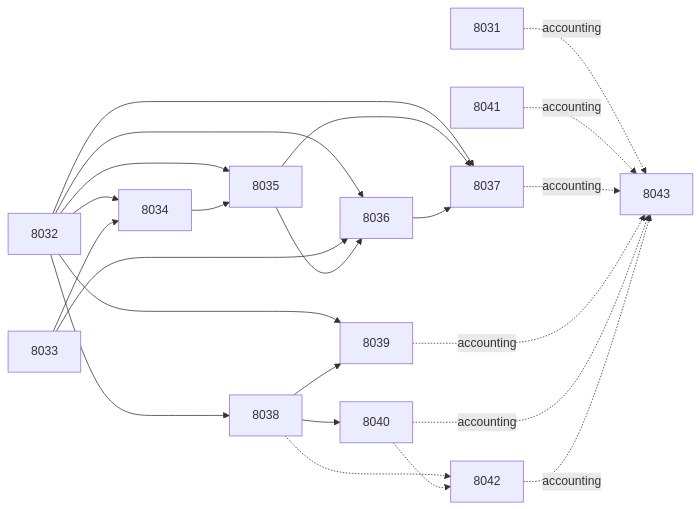
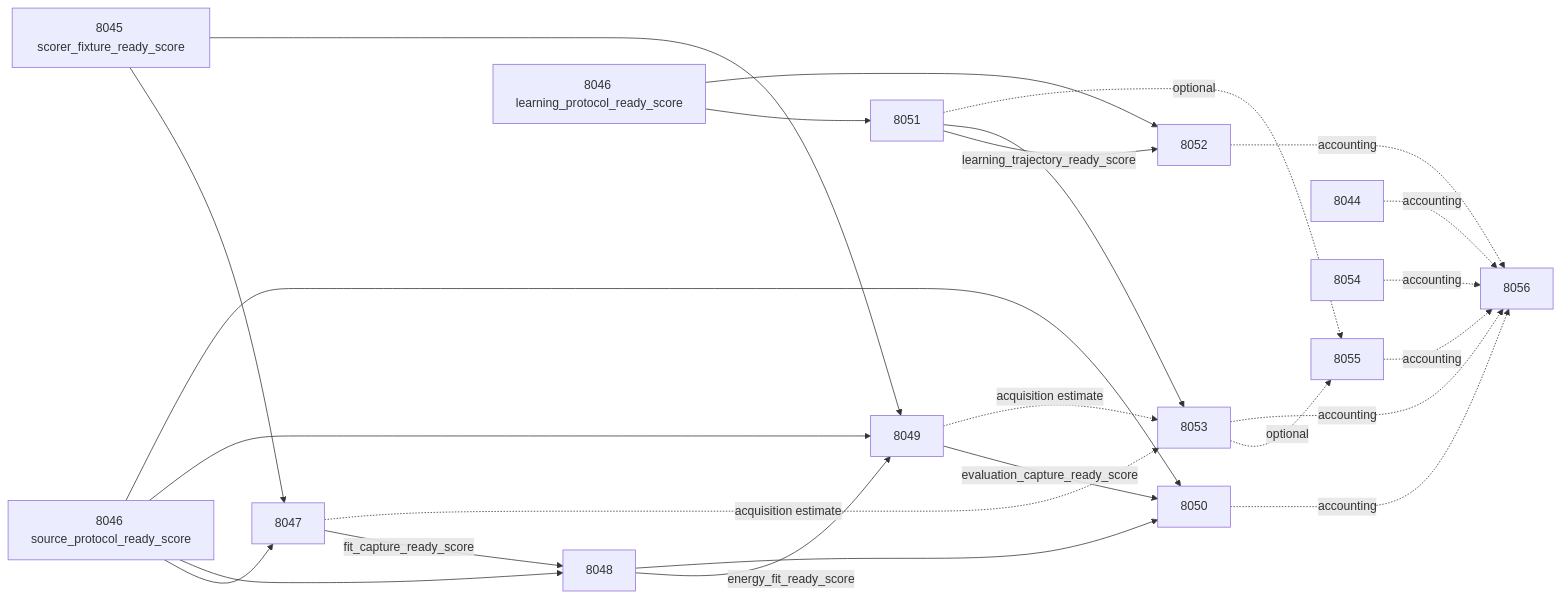
The second of 2 diagrams in openspec/change-proposals/research-roadmap-vNEXT.md (Carnot-EBM/carnot-ebm), drawn with Mermaid before and after one commit. The commit also changed other lines of this file and 14 other files, not shown here.

````diff
--- a/openspec/change-proposals/research-roadmap-vNEXT.md
+++ b/openspec/change-proposals/research-roadmap-vNEXT.md
@@ -269,25 +274,27 @@
 ```mermaid
 flowchart LR
-  P[8032] --> F[8034]
-  Q[8033] --> F
-  P --> E[8035]
-  F --> E
-  P --> V[8036]
-  Q --> V
-  E --> V
-  P --> D[8037]
+  W[8045 scorer_fixture_ready_score] --> C[8047]
+  P[8046 source_protocol_ready_score] --> C
+  C -->|fit_capture_ready_score| E[8048]
+  P --> E
+  E -->|energy_fit_ready_score| V[8049]
+  W --> V
+  P --> V
+  V -->|evaluation_capture_ready_score| D[8050]
   E --> D
-  V --> D
-  P --> L[8038]
-  P --> A[8039]
+  P --> D
+  L[8046 learning_protocol_ready_score] --> U[8051]
+  U -->|learning_trajectory_ready_score| A[8052]
   L --> A
-  L --> N[8040]
-  L -.-> W[8042]
-  N -.-> W
-  C[8031] -. accounting .-> Z[8043]
-  S[8041] -. accounting .-> Z
+  U --> N[8053]
+  U -. optional .-> B[8055]
+  N -. optional .-> B
+  C -. acquisition estimate .-> N
+  V -. acquisition estimate .-> N
+  K[8044] -. accounting .-> Z[8056]
   D -. accounting .-> Z
   A -. accounting .-> Z
   N -. accounting .-> Z
-  W -. accounting .-> Z
+  S[8054] -. accounting .-> Z
+  B -. accounting .-> Z
 ```
````
